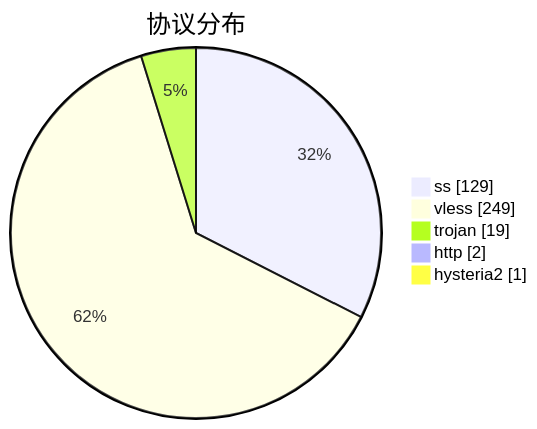
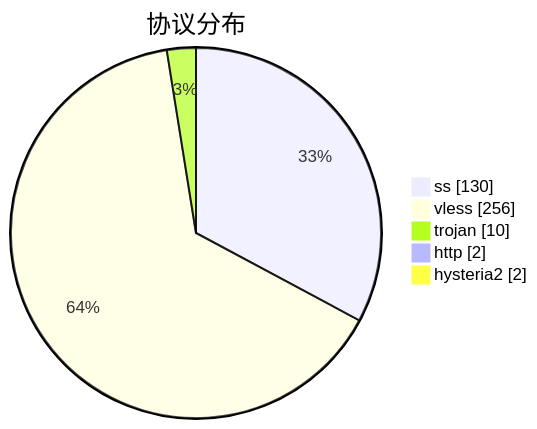
The third of 3 diagrams in subs/statistics/tested_within.md (qjlxg/airport), drawn with Mermaid before and after one commit. The commit also changed other lines of this file and 2 other files, not shown here.

````diff
--- a/subs/statistics/tested_within.md
+++ b/subs/statistics/tested_within.md
@@ -19,9 +19,9 @@
 ```mermaid
 pie showData
 title 协议分布
-"ss" : 129
-"vless" : 249
-"trojan" : 19
+"ss" : 130
+"vless" : 256
+"trojan" : 10
 "http" : 2
-"hysteria2" : 1
+"hysteria2" : 2
 ```
````
